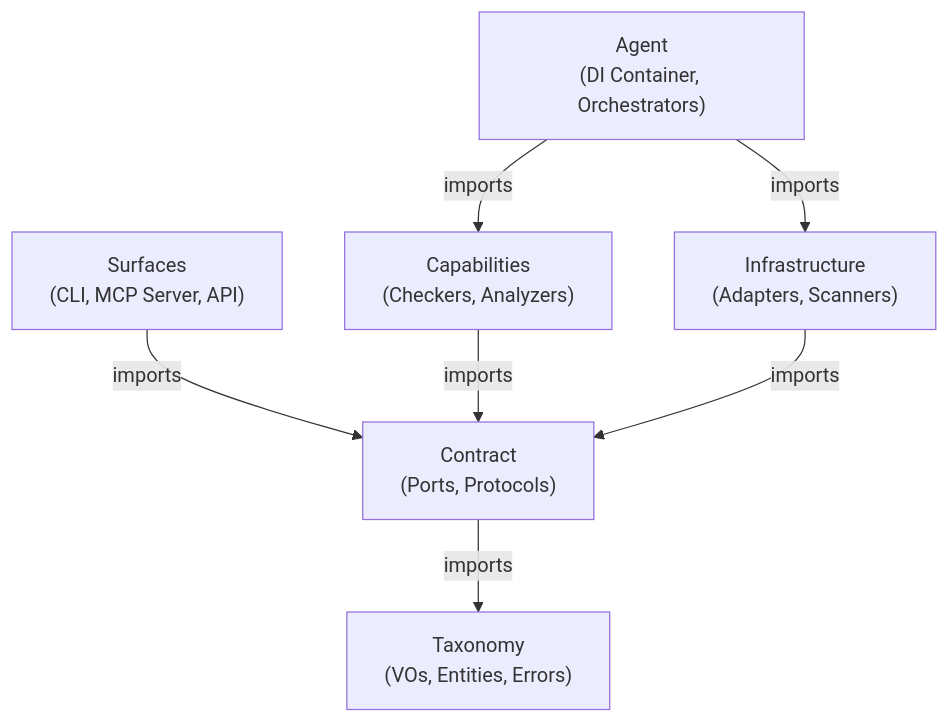
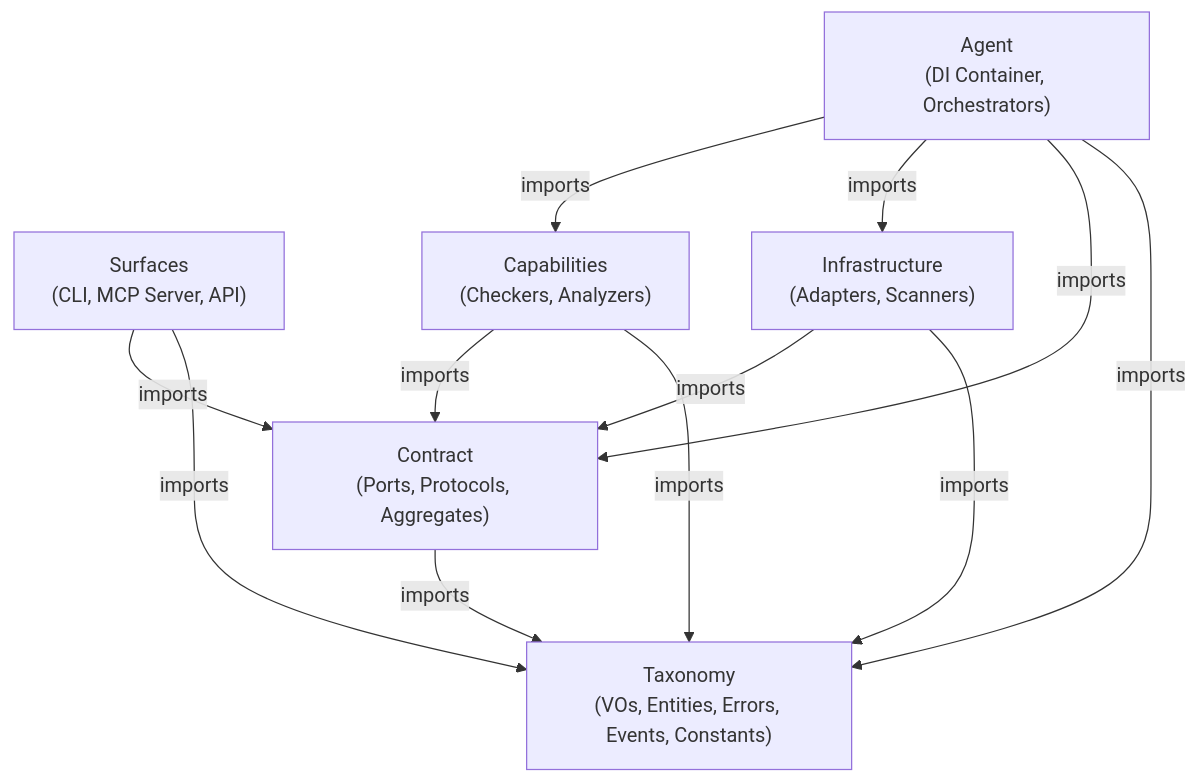
Before and after one commit to rakaarwaky/lint-arwaky: the diagram in docs/ARCHITECHTURE.md, drawn with Mermaid. The commit also changed other lines of this file and 4 other files, not shown here.

````diff
--- a/docs/ARCHITECHTURE.md
+++ b/docs/ARCHITECHTURE.md
@@ -27,17 +41,22 @@
 ```mermaid
-%%{init: {'theme': 'default', 'themeVariables': { 'primaryColor': '#ffffff', 'primaryTextColor': '#000000', 'primaryBorderColor': '#333333', 'lineColor': '#333333', 'secondaryColor': '#f4f4f4', 'tertiaryColor': '#ffffff' }}}%%
+%%{init: {'theme': 'default'}}%%
 graph TD
     S["Surfaces<br/>(CLI, MCP Server, API)"]
     A["Agent<br/>(DI Container, Orchestrators)"]
     C["Capabilities<br/>(Checkers, Analyzers)"]
     I["Infrastructure<br/>(Adapters, Scanners)"]
-    CT["Contract<br/>(Ports, Protocols)"]
-    T["Taxonomy<br/>(VOs, Entities, Errors)"]
+    CT["Contract<br/>(Ports, Protocols, Aggregates)"]
+    T["Taxonomy<br/>(VOs, Entities, Errors, Events, Constants)"]
 
     S -->|"imports"| CT
+    S -->|"imports"| T
     A -->|"imports"| C
     A -->|"imports"| I
+    A -->|"imports"| CT
+    A -->|"imports"| T
     C -->|"imports"| CT
+    C -->|"imports"| T
     I -->|"imports"| CT
+    I -->|"imports"| T
     CT -->|"imports"| T
 ```
````
